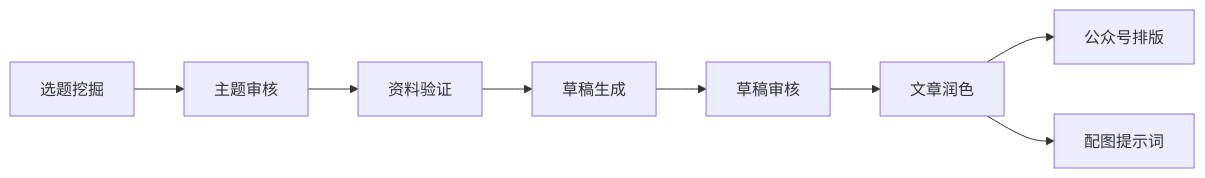
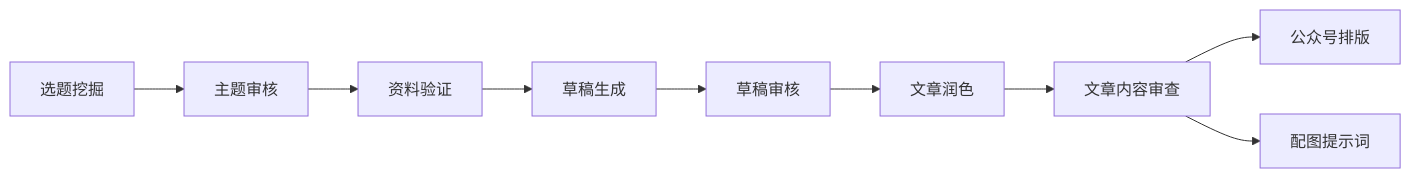
The diagram in README.md (yuyangzi/ContentCreationKit), drawn with Mermaid before and after one commit. The commit also changed other lines of this file, not shown here.

First line of the commit message:
docs(readme): update pipeline flow with review-article step and new entries

````diff
--- a/README.md
+++ b/README.md
@@ -19,10 +19,11 @@
 ```mermaid
 flowchart LR
     A[选题挖掘] --> B[主题审核]
     B --> C[资料验证]
     C --> D[草稿生成]
     D --> E[草稿审核]
     E --> F[文章润色]
-    F --> G[公众号排版]
-    F --> H[配图提示词]
+    F --> G[文章内容审查]
+    G --> H[公众号排版]
+    G --> I[配图提示词]
 ```
````
